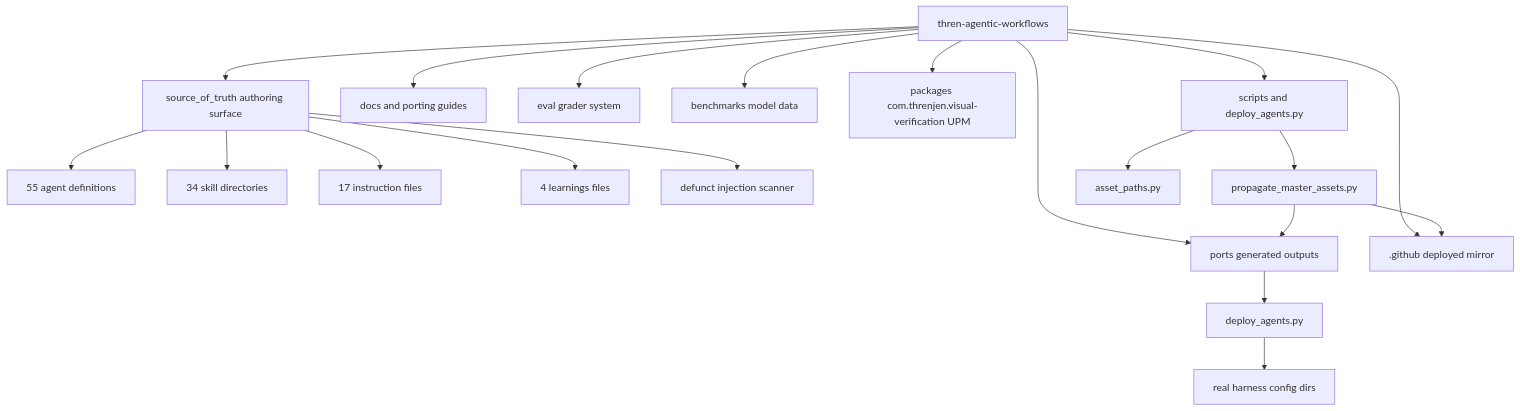
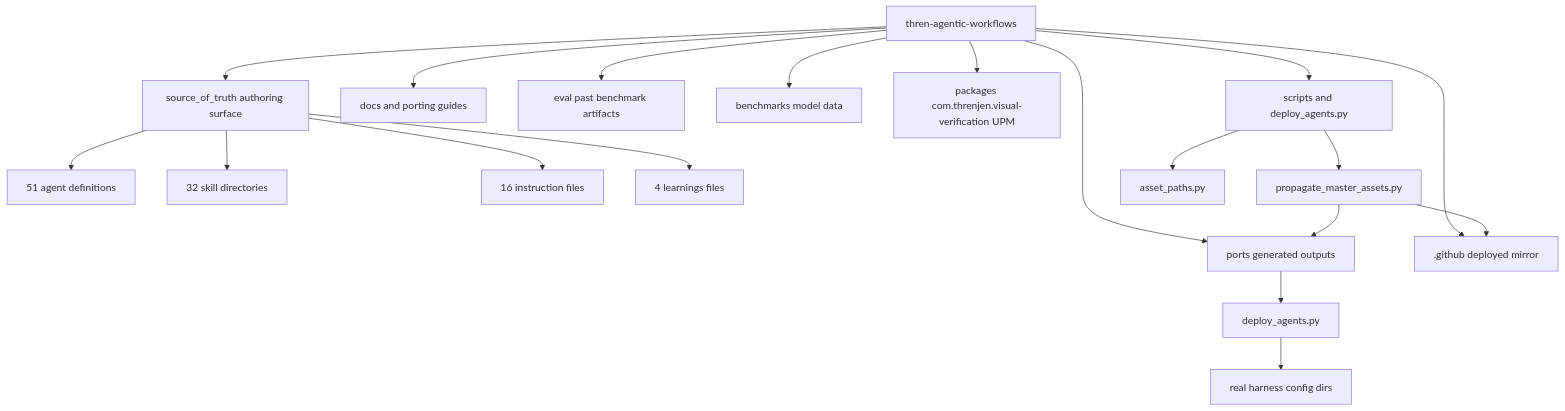
Before and after one commit to threnjen/thren-agentic-workflows: the first of 4 diagrams in docs/ARCHITECTURE.md, drawn with Mermaid. The commit also changed other lines of this file and 82 other files, not shown here.

Commit message:
eval grader cleanups

````diff
--- a/docs/ARCHITECTURE.md
+++ b/docs/ARCHITECTURE.md
@@ -23,26 +23,25 @@
 ```mermaid
 flowchart TD
     Root[thren-agentic-workflows]
 
     Root --> SOT[source_of_truth authoring surface]
     Root --> Ports[ports generated outputs]
     Root --> DotGithub[.github deployed mirror]
     Root --> Docs[docs and porting guides]
-    Root --> Eval[eval grader system]
+    Root --> Eval[eval past benchmark artifacts]
     Root --> Bench[benchmarks model data]
     Root --> Pkg[packages com.threnjen.visual-verification UPM]
     Root --> Scripts[scripts and deploy_agents.py]
 
-    SOT --> Agents[55 agent definitions]
-    SOT --> Skills[34 skill directories]
-    SOT --> Instructions[17 instruction files]
+    SOT --> Agents[51 agent definitions]
+    SOT --> Skills[32 skill directories]
+    SOT --> Instructions[16 instruction files]
     SOT --> Learnings[4 learnings files]
-    SOT --> Hooks[defunct injection scanner]
 
     Scripts --> Propagate[propagate_master_assets.py]
     Scripts --> Shared[asset_paths.py]
     Propagate --> Ports
     Propagate --> DotGithub
     Deploy[deploy_agents.py] --> RealDirs[real harness config dirs]
     Ports --> Deploy
 ```
````
